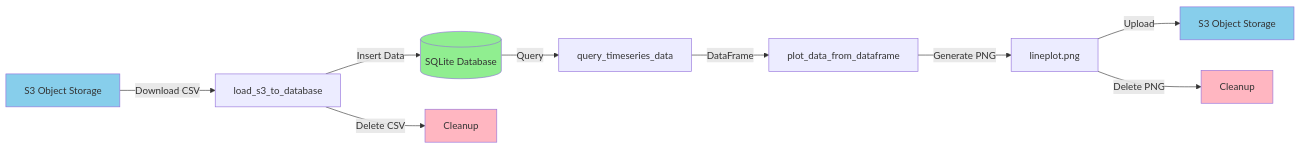
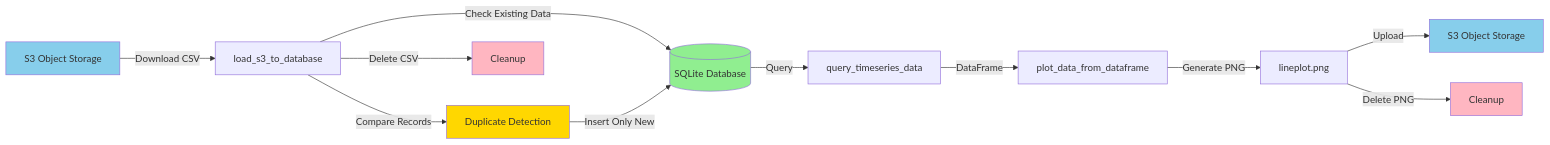
The diagram in data-science-workflows/workflow3-data-driven-app/README.md (Shuyib/mawingu-experiments), drawn with Mermaid before and after one commit. The commit also changed other lines of this file, not shown here.

````diff
--- a/data-science-workflows/workflow3-data-driven-app/README.md
+++ b/data-science-workflows/workflow3-data-driven-app/README.md
@@ -13,17 +13,20 @@
 ```mermaid
 flowchart LR
     A[S3 Object Storage] -->|Download CSV| B[load_s3_to_database]
-    B -->|Insert Data| C[(SQLite Database)]
+    B -->|Check Existing Data| C[(SQLite Database)]
+    B -->|Compare Records| J[Duplicate Detection]
+    J -->|Insert Only New| C
     B -->|Delete CSV| D[Cleanup]
     C -->|Query| E[query_timeseries_data]
     E -->|DataFrame| F[plot_data_from_dataframe]
     F -->|Generate PNG| G[lineplot.png]
     G -->|Upload| H[S3 Object Storage]
     G -->|Delete PNG| I[Cleanup]
     
     style C fill:#90EE90
     style A fill:#87CEEB
     style H fill:#87CEEB
     style D fill:#FFB6C1
     style I fill:#FFB6C1
+    style J fill:#FFD700
 ```
````
